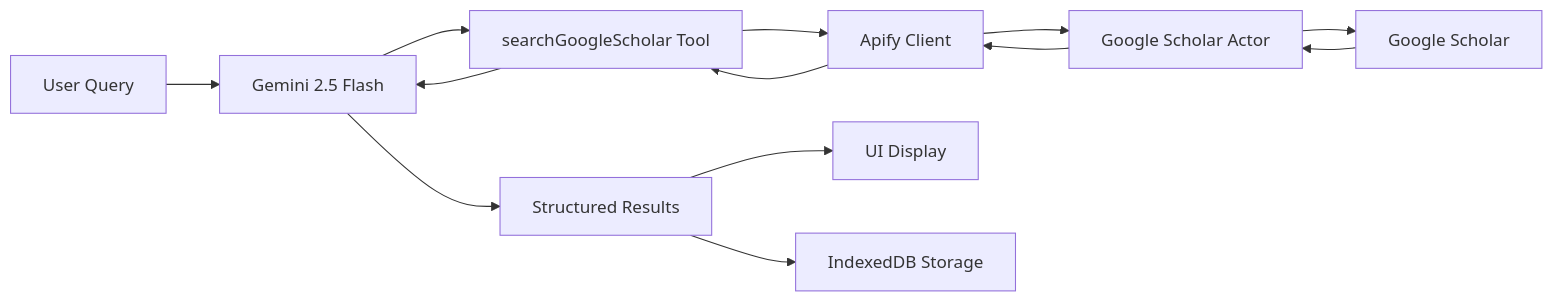
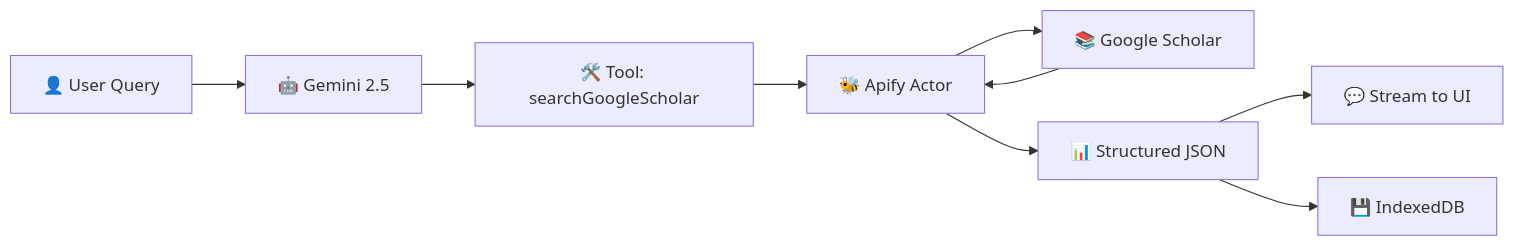
Before and after one commit to Amon20044/3D-AI-Three21: the fourth of 4 diagrams in README.md, drawn with Mermaid. The commit also changed other lines of this file and 1 other file, not shown here.

````diff
--- a/README.md
+++ b/README.md
@@ -214,15 +215,11 @@
 ```mermaid
 graph LR
-    A["User Query"] --> B["Gemini 2.5 Flash"]
-    B --> C["searchGoogleScholar Tool"]
-    C --> D["Apify Client"]
-    D --> E["Google Scholar Actor"]
-    E --> F["Google Scholar"]
-    F --> E
+    A["👤 User Query"] --> B["🤖 Gemini 2.5"]
+    B --> C["🛠️ Tool: searchGoogleScholar"]
+    C --> D["🐝 Apify Actor"]
+    D --> E["📚 Google Scholar"]
     E --> D
-    D --> C
-    C --> B
-    B --> G["Structured Results"]
-    G --> H["UI Display"]
-    G --> I["IndexedDB Storage"]
+    D --> F["📊 Structured JSON"]
+    F --> G["💬 Stream to UI"]
+    F --> H["💾 IndexedDB"]
 ```
````
